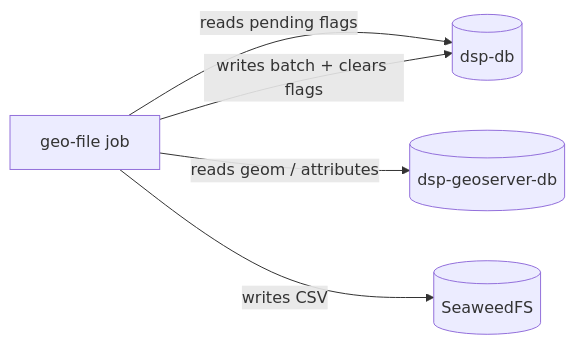
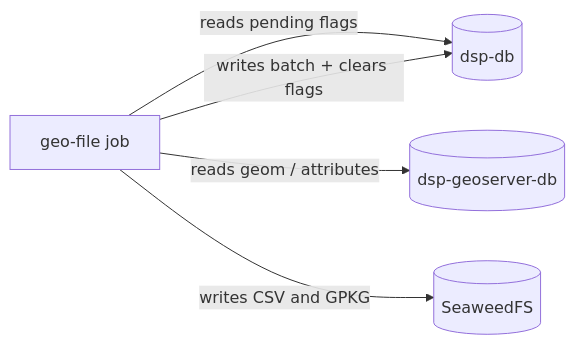
One commit to Rural-Environmental-Registry/dsp-docs changed the diagram in docs/en/modules/job-geo-file-generation/overview.md. Above: the diagram before and after it, drawn with Mermaid. The commit also changed other lines of this file and 7 other files, not shown here.

````diff
--- a/docs/en/modules/job-geo-file-generation/overview.md
+++ b/docs/en/modules/job-geo-file-generation/overview.md
@@ -44,12 +44,12 @@
 ```mermaid
 flowchart LR
   dsp[(dsp-db)]
   geo[(dsp-geoserver-db)]
   job[geo-file job]
   s3[(SeaweedFS)]
 
   job -->|reads pending flags| dsp
   job -->|reads geom / attributes| geo
-  job -->|writes CSV| s3
+  job -->|writes CSV and GPKG| s3
   job -->|writes batch + clears flags| dsp
 ```
````
